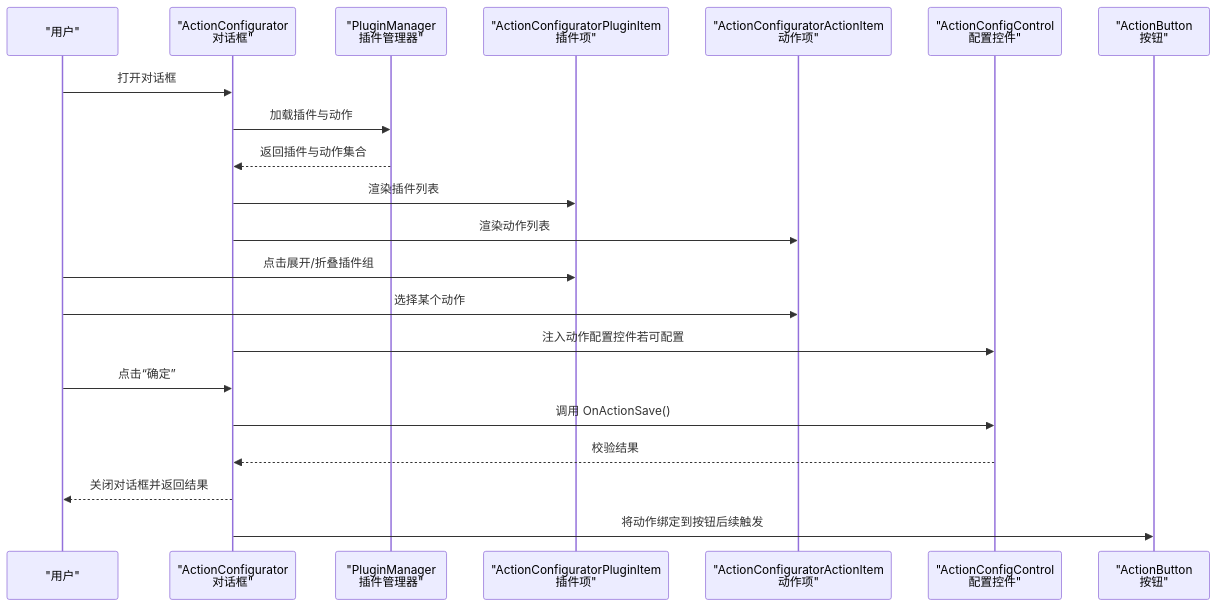
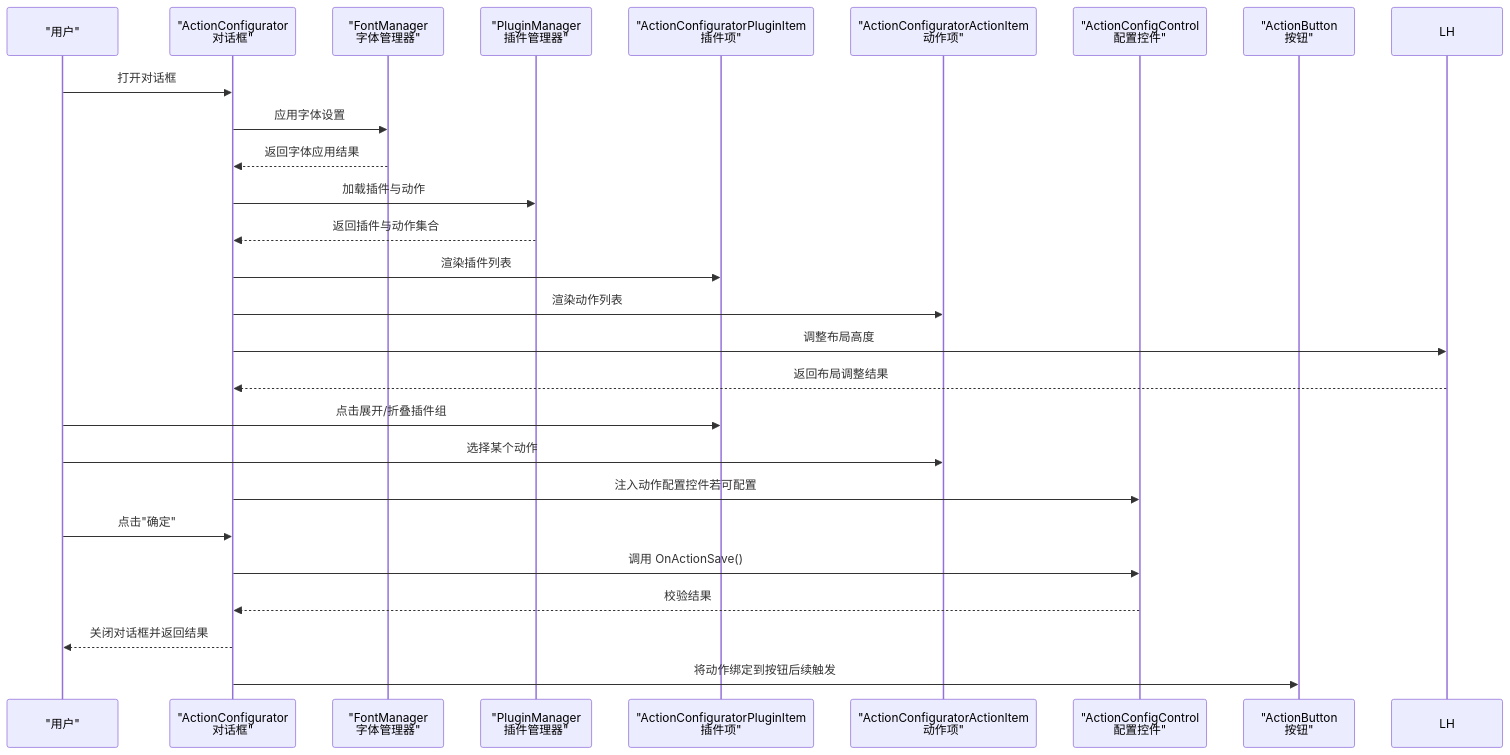
Before and after one commit to tea4go/Macro-Deck: the second of 4 diagrams in .qoder/repowiki/zh/content/图形用户界面/对话框系统/动作配置对话框.md, drawn with Mermaid. The commit also changed other lines of this file and 63 other files, not shown here.

````diff
--- a/.qoder/repowiki/zh/content/图形用户界面/对话框系统/动作配置对话框.md
+++ b/.qoder/repowiki/zh/content/图形用户界面/对话框系统/动作配置对话框.md
@@ -96,23 +121,28 @@
 ```mermaid
 sequenceDiagram
 participant U as "用户"
 participant D as "ActionConfigurator<br/>对话框"
+participant FM as "FontManager<br/>字体管理器"
 participant PM as "PluginManager<br/>插件管理器"
 participant PI as "ActionConfiguratorPluginItem<br/>插件项"
 participant AI as "ActionConfiguratorActionItem<br/>动作项"
 participant AC as "ActionConfigControl<br/>配置控件"
 participant AB as "ActionButton<br/>按钮"
 U->>D : 打开对话框
+D->>FM : 应用字体设置
+FM-->>D : 返回字体应用结果
 D->>PM : 加载插件与动作
 PM-->>D : 返回插件与动作集合
 D->>PI : 渲染插件列表
 D->>AI : 渲染动作列表
+D->>LH : 调整布局高度
+LH-->>D : 返回布局调整结果
 U->>PI : 点击展开/折叠插件组
 U->>AI : 选择某个动作
 D->>AC : 注入动作配置控件若可配置
-U->>D : 点击“确定”
+U->>D : 点击"确定"
 D->>AC : 调用 OnActionSave()
 AC-->>D : 校验结果
 D-->>U : 关闭对话框并返回结果
 D->>AB : 将动作绑定到按钮后续触发
 ```
````
